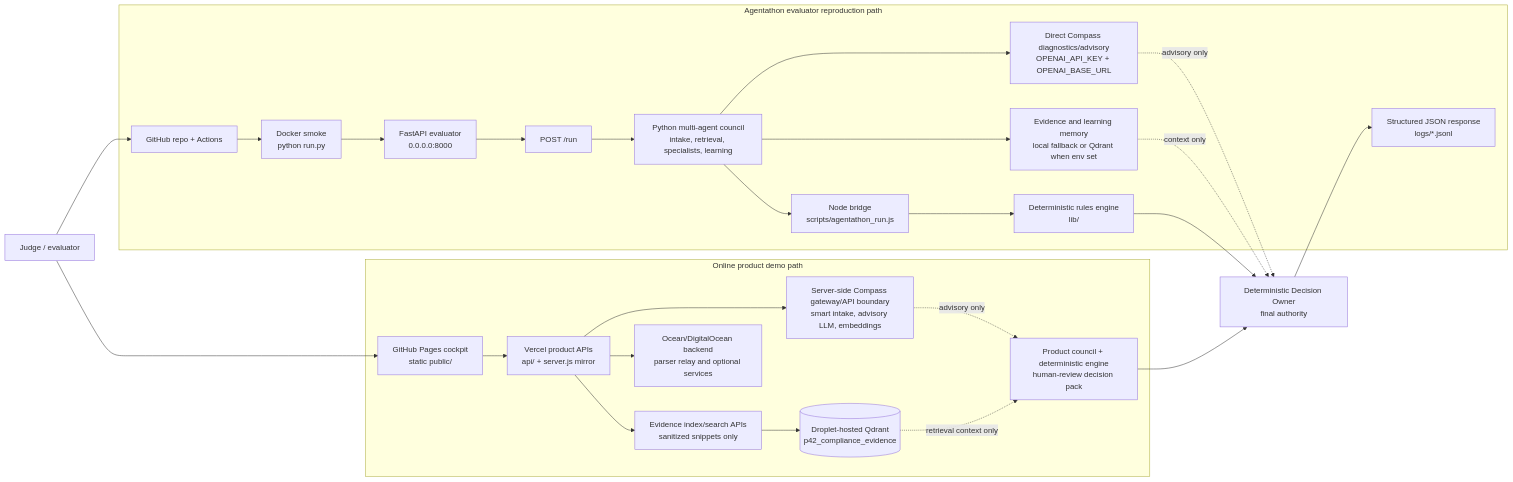
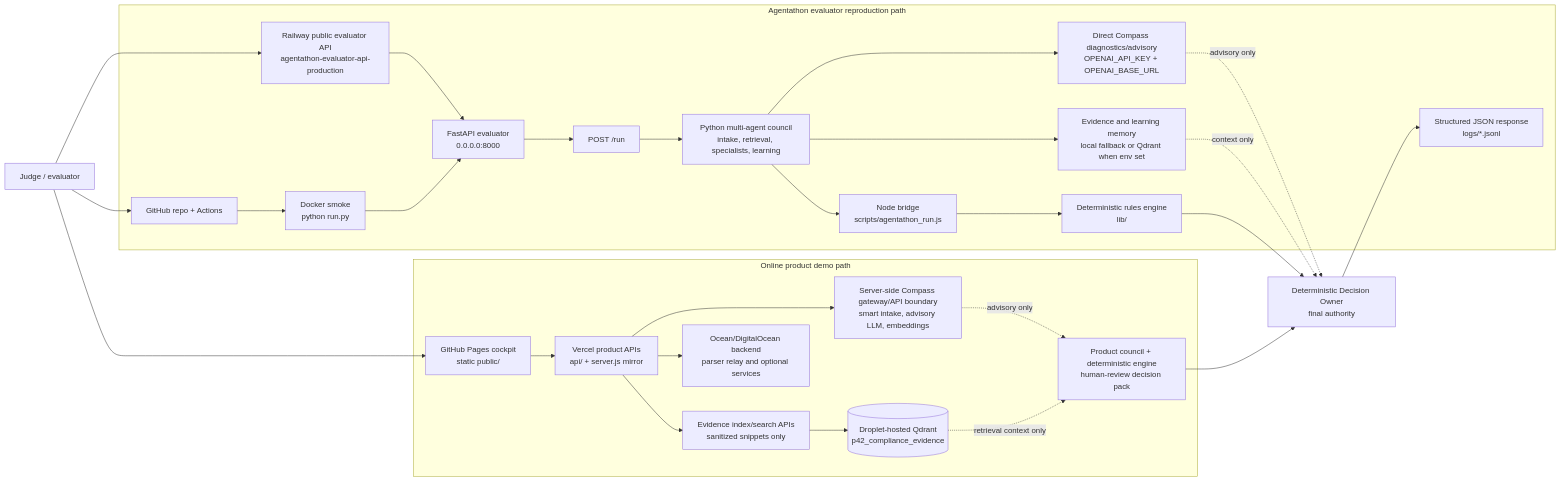
Before and after one commit to slackspac3/Parallax42-Agent-v2: the diagram in docs/AGENTATHON_SYSTEM_ARCHITECTURE.md, drawn with Mermaid. The commit also changed other lines of this file and 8 other files, not shown here.

````diff
--- a/docs/AGENTATHON_SYSTEM_ARCHITECTURE.md
+++ b/docs/AGENTATHON_SYSTEM_ARCHITECTURE.md
@@ -40,53 +40,56 @@
 ```mermaid
 flowchart LR
   Judge["Judge / evaluator"]
 
   subgraph OnlineProduct["Online product demo path"]
     Pages["GitHub Pages cockpit<br/>static public/"]
     Vercel["Vercel product APIs<br/>api/ + server.js mirror"]
     Gateway["Server-side Compass gateway/API boundary<br/>smart intake, advisory LLM, embeddings"]
     EvidenceAPI["Evidence index/search APIs<br/>sanitized snippets only"]
     Backend["Ocean/DigitalOcean backend<br/>parser relay and optional services"]
     Qdrant[("Droplet-hosted Qdrant<br/>p42_compliance_evidence")]
     ProductCouncil["Product council + deterministic engine<br/>human-review decision pack"]
   end
 
   subgraph EvaluatorPath["Agentathon evaluator reproduction path"]
     Repo["GitHub repo + Actions"]
+    Railway["Railway public evaluator API<br/>agentathon-evaluator-api-production"]
     Docker["Docker smoke<br/>python run.py"]
     FastAPI["FastAPI evaluator<br/>0.0.0.0:8000"]
     Run["POST /run"]
     Council["Python multi-agent council<br/>intake, retrieval, specialists, learning"]
     DirectCompass["Direct Compass diagnostics/advisory<br/>OPENAI_API_KEY + OPENAI_BASE_URL"]
     Memory["Evidence and learning memory<br/>local fallback or Qdrant when env set"]
     Bridge["Node bridge<br/>scripts/agentathon_run.js"]
     Rules["Deterministic rules engine<br/>lib/"]
     Logs["Structured JSON response<br/>logs/*.jsonl"]
   end
 
   Owner["Deterministic Decision Owner<br/>final authority"]
 
   Judge --> Pages
   Pages --> Vercel
   Vercel --> Gateway
   Vercel --> EvidenceAPI
   Vercel --> Backend
   EvidenceAPI --> Qdrant
   Gateway -. "advisory only" .-> ProductCouncil
   Qdrant -. "retrieval context only" .-> ProductCouncil
   ProductCouncil --> Owner
 
   Judge --> Repo
+  Judge --> Railway
+  Railway --> FastAPI
   Repo --> Docker
   Docker --> FastAPI
   FastAPI --> Run
   Run --> Council
   Council --> DirectCompass
   Council --> Memory
   Council --> Bridge
   Bridge --> Rules
   DirectCompass -. "advisory only" .-> Owner
   Memory -. "context only" .-> Owner
   Rules --> Owner
   Owner --> Logs
 ```
````
